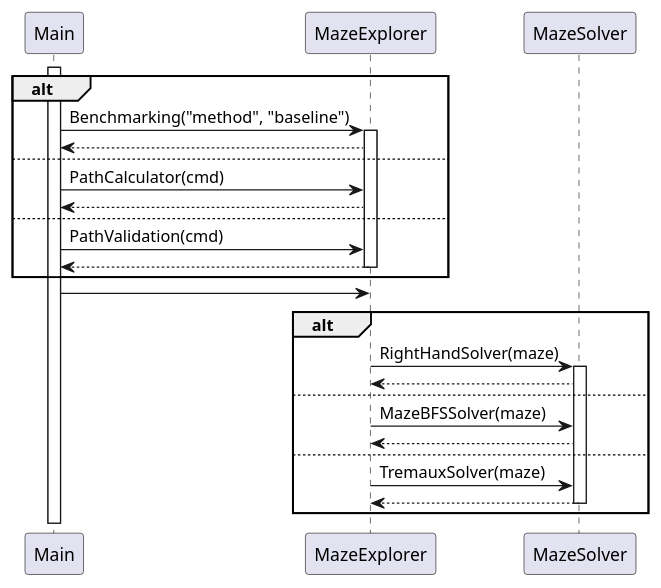
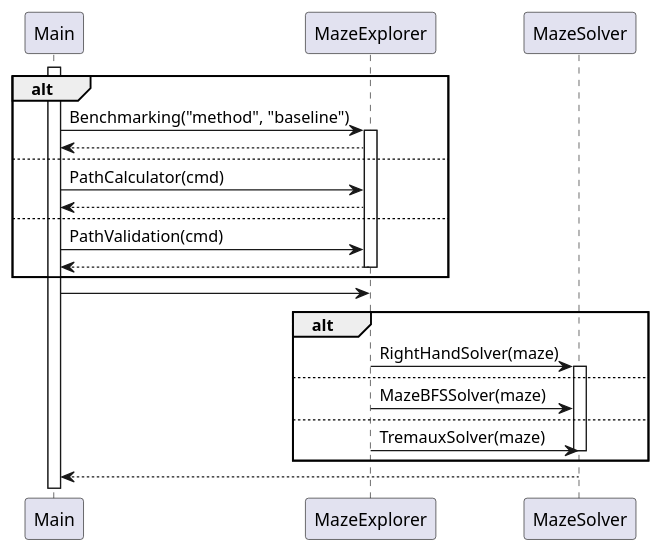
The diagram in src/main/java/ca/mcmaster/se2aa4/mazerunner/UML Diagrams/SequenceDiagram.puml (xSankalpaD/Maze-Runner), drawn with PlantUML before and after one commit. The commit also changed 8 other files, not shown here.

```diff
--- a/src/main/java/ca/mcmaster/se2aa4/mazerunner/UML Diagrams/SequenceDiagram.puml
+++ b/src/main/java/ca/mcmaster/se2aa4/mazerunner/UML Diagrams/SequenceDiagram.puml
@@ -1,38 +1,39 @@
 @startuml SequenceDiagram
 
 participant Main
 participant MazeExplorer
 participant MazeSolver
 
 
 activate Main
 
 alt 
 Main -> MazeExplorer: Benchmarking("method", "baseline")
 activate MazeExplorer
 Main <-- MazeExplorer
 else
 Main -> MazeExplorer: PathCalculator(cmd)
 Main <-- MazeExplorer
 else
 Main -> MazeExplorer: PathValidation(cmd)
 Main <-- MazeExplorer
 deactivate MazeExplorer
 end
 
 
 Main -> MazeExplorer
 alt 
 MazeExplorer -> MazeSolver: RightHandSolver(maze)
 activate MazeSolver
-MazeExplorer <-- MazeSolver
+
 else
 MazeExplorer -> MazeSolver: MazeBFSSolver(maze)
-MazeExplorer <-- MazeSolver
+
 else
 MazeExplorer -> MazeSolver: TremauxSolver(maze)
-MazeExplorer <-- MazeSolver
+
 deactivate MazeSolver  
 end
+MazeSolver --> Main
 
 @enduml
```
